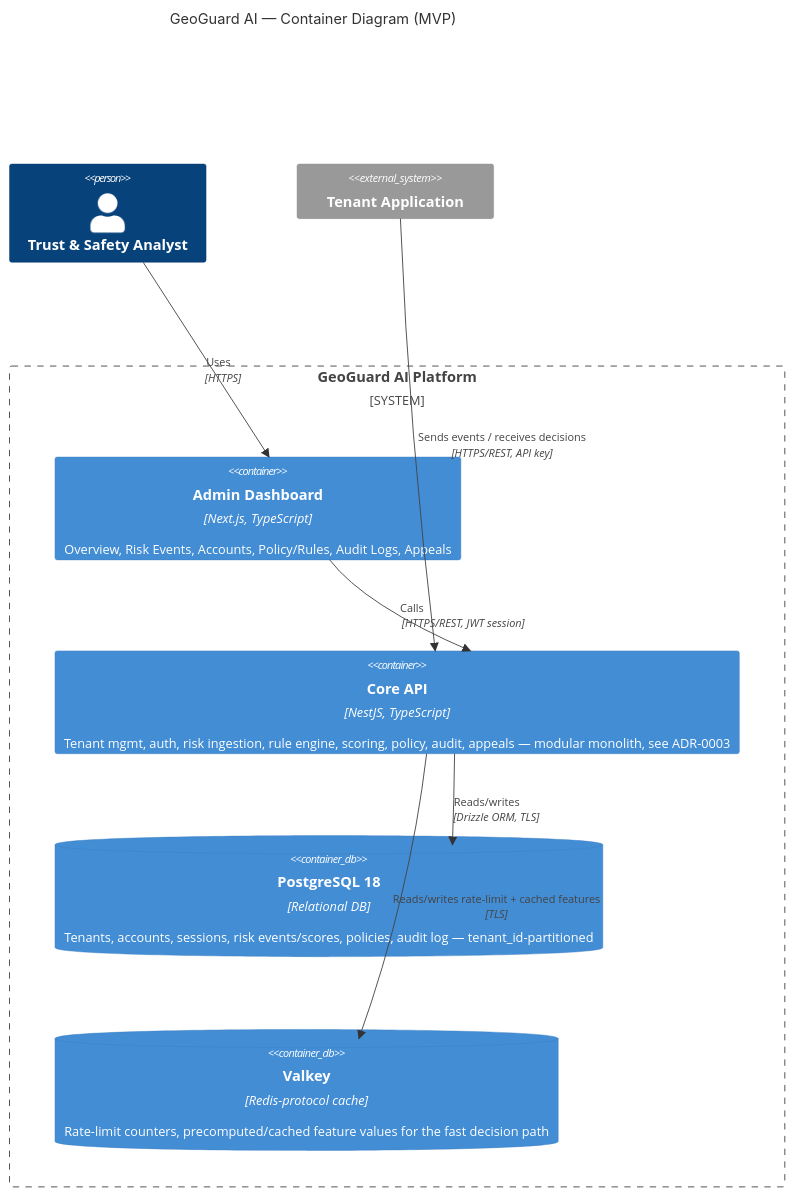
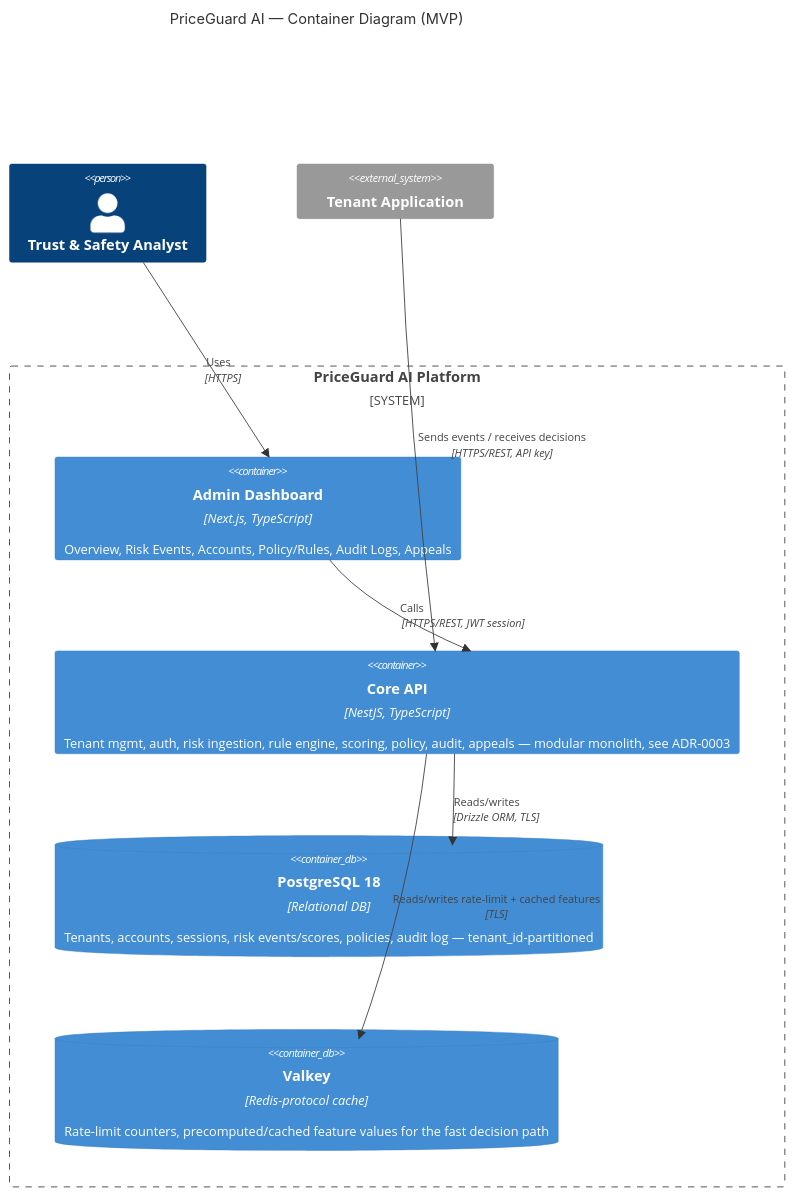
One commit to lari98/priceguard-ai changed the second of 2 diagrams in docs/architecture/C4_DIAGRAMS.md. Above: the diagram before and after it, drawn with Mermaid. The commit also changed other lines of this file and 61 other files, not shown here.

First line of the commit message:
rebrand: GeoGuard AI → PriceGuard AI

````diff
--- a/docs/architecture/C4_DIAGRAMS.md
+++ b/docs/architecture/C4_DIAGRAMS.md
@@ -37,20 +37,20 @@
 ```mermaid
 C4Container
-title GeoGuard AI — Container Diagram (MVP)
+title PriceGuard AI — Container Diagram (MVP)
 
 Person(analyst, "Trust & Safety Analyst")
 System_Ext(tenantApp, "Tenant Application")
 
-System_Boundary(geoguard, "GeoGuard AI Platform") {
+System_Boundary(priceguard, "PriceGuard AI Platform") {
   Container(web, "Admin Dashboard", "Next.js, TypeScript", "Overview, Risk Events, Accounts, Policy/Rules, Audit Logs, Appeals")
   Container(api, "Core API", "NestJS, TypeScript", "Tenant mgmt, auth, risk ingestion, rule engine, scoring, policy, audit, appeals — modular monolith, see ADR-0003")
   ContainerDb(pg, "PostgreSQL 18", "Relational DB", "Tenants, accounts, sessions, risk events/scores, policies, audit log — tenant_id-partitioned")
   ContainerDb(cache, "Valkey", "Redis-protocol cache", "Rate-limit counters, precomputed/cached feature values for the fast decision path")
 }
 
 Rel(analyst, web, "Uses", "HTTPS")
 Rel(web, api, "Calls", "HTTPS/REST, JWT session")
 Rel(tenantApp, api, "Sends events / receives decisions", "HTTPS/REST, API key")
 Rel(api, pg, "Reads/writes", "Drizzle ORM, TLS")
 Rel(api, cache, "Reads/writes rate-limit + cached features", "TLS")
 ```
````
